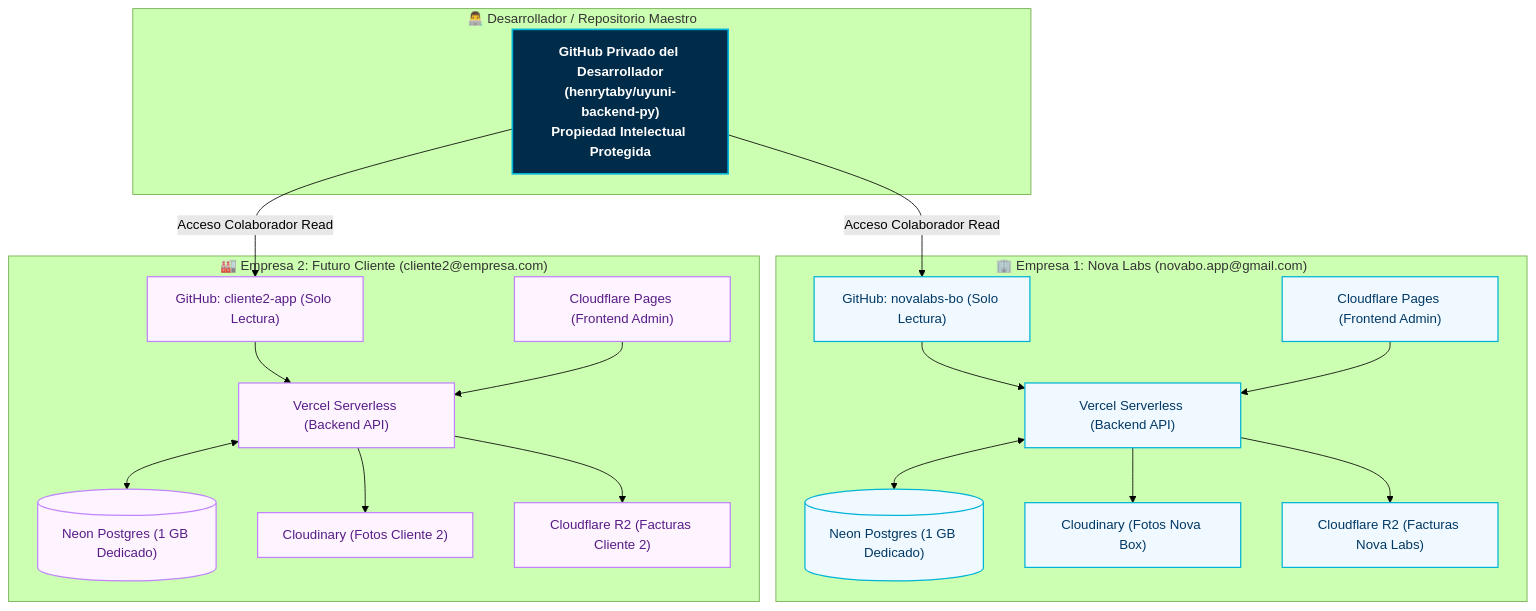
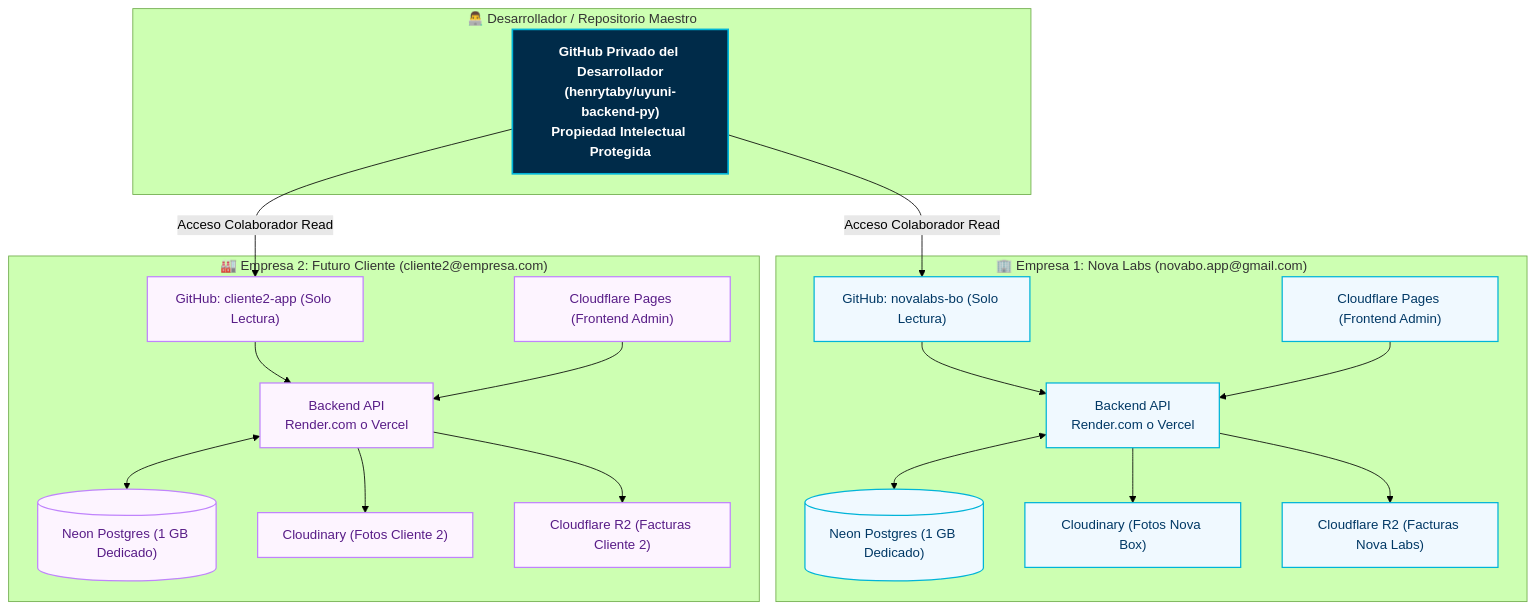
The diagram in docs/CLIENT_REPLICATION_PLAYBOOK.md (henrytaby/uyuni-backend-py), drawn with Mermaid (forest theme) before and after one commit. The commit also changed other lines of this file and 2 other files, not shown here.

Commit message:
feat: optimize database engine for serverless and update deployment docs for Render support

````diff
--- a/docs/CLIENT_REPLICATION_PLAYBOOK.md
+++ b/docs/CLIENT_REPLICATION_PLAYBOOK.md
@@ -11,50 +11,50 @@
 ```mermaid
 flowchart TD
     %% ==========================================
     %% MODELO SINGLE-TENANT REPLICABLE
     %% ==========================================
     
     subgraph DevMaster ["👨‍💻 Desarrollador / Repositorio Maestro"]
         REPO["GitHub Privado del Desarrollador<br/>(henrytaby/uyuni-backend-py)<br/>Propiedad Intelectual Protegida"]
     end
 
     subgraph Client1 ["🏢 Empresa 1: Nova Labs (novabo.app@gmail.com)"]
         GH1["GitHub: novalabs-bo (Solo Lectura)"]
         NEON1[("Neon Postgres (1 GB Dedicado)")]
-        SERVER1["Vercel Serverless (Backend API)"]
+        SERVER1["Backend API<br/>Render.com o Vercel"]
         CLD1["Cloudinary (Fotos Nova Box)"]
         R2_1["Cloudflare R2 (Facturas Nova Labs)"]
         PAGES1["Cloudflare Pages (Frontend Admin)"]
     end
 
     subgraph Client2 ["🏭 Empresa 2: Futuro Cliente (cliente2@empresa.com)"]
         GH2["GitHub: cliente2-app (Solo Lectura)"]
         NEON2[("Neon Postgres (1 GB Dedicado)")]
-        SERVER2["Vercel Serverless (Backend API)"]
+        SERVER2["Backend API<br/>Render.com o Vercel"]
         CLD2["Cloudinary (Fotos Cliente 2)"]
         R2_2["Cloudflare R2 (Facturas Cliente 2)"]
         PAGES2["Cloudflare Pages (Frontend Admin)"]
     end
 
     REPO -->|Acceso Colaborador Read| GH1
     REPO -->|Acceso Colaborador Read| GH2
 
     GH1 --> SERVER1 <--> NEON1
     SERVER1 --> CLD1
     SERVER1 --> R2_1
     PAGES1 --> SERVER1
 
     GH2 --> SERVER2 <--> NEON2
     SERVER2 --> CLD2
     SERVER2 --> R2_2
     PAGES2 --> SERVER2
 
     %% Estilos Corporativos Uyuni
     classDef devNode fill:#002b49,stroke:#00b4d8,stroke-width:2px,color:#ffffff,font-weight:bold;
     classDef c1Node fill:#f0f9ff,stroke:#00b4d8,stroke-width:1.5px,color:#003865;
     classDef c2Node fill:#fdf4ff,stroke:#c084fc,stroke-width:1.5px,color:#581c87;
 
     class REPO devNode;
     class GH1,NEON1,SERVER1,CLD1,R2_1,PAGES1 c1Node;
     class GH2,NEON2,SERVER2,CLD2,R2_2,PAGES2 c2Node;
 ```
````
